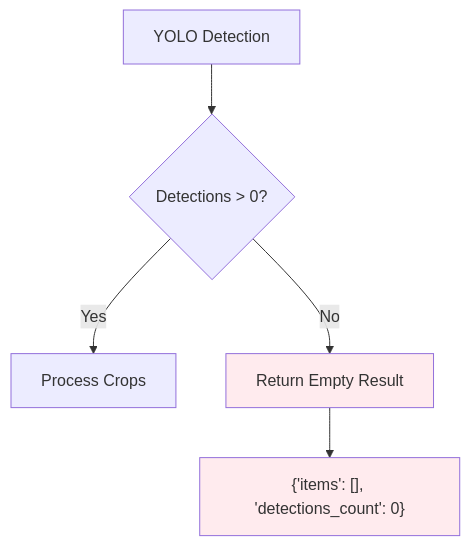
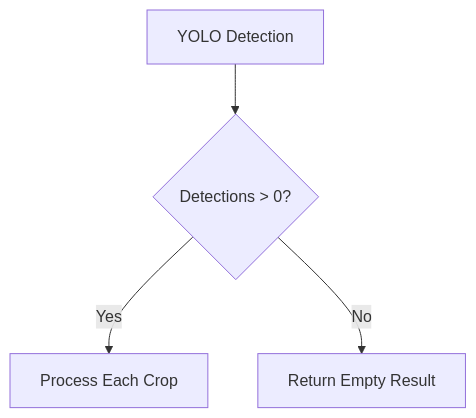
One commit to omorros/SnapShelf changed the fifth of 6 diagrams in research/02-pipeline-comparison/README.md. Above: the diagram before and after it, drawn with Mermaid. The commit also changed other lines of this file, not shown here.

Commit message:
formated diagrams and improved readme readibility

````diff
--- a/research/02-pipeline-comparison/README.md
+++ b/research/02-pipeline-comparison/README.md
@@ -189,10 +160,6 @@
 ```mermaid
 flowchart TD
     A[YOLO Detection] --> B{Detections > 0?}
-    B -->|Yes| C[Process Crops]
+    B -->|Yes| C[Process Each Crop]
     B -->|No| D[Return Empty Result]
-    D --> E["{'items': [], 'detections_count': 0}"]
-
-    style D fill:#ffebee
-    style E fill:#ffebee
 ```
````
